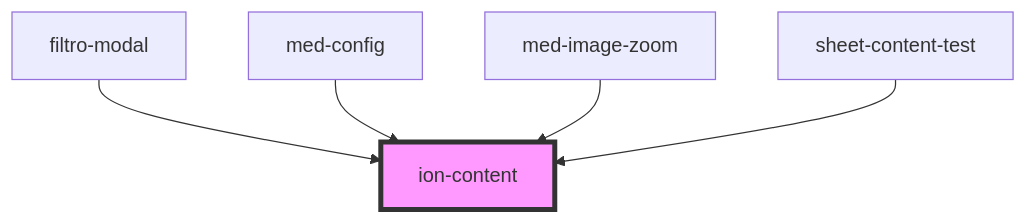
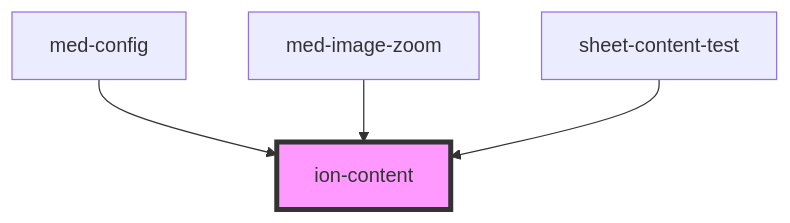
The diagram in core/src/components/content/readme.md (MEDGRUPOGIT/ionic-framework-1), drawn with Mermaid before and after one commit. The commit also changed other lines of this file and 486 other files, not shown here.

````diff
--- a/core/src/components/content/readme.md
+++ b/core/src/components/content/readme.md
@@ -271,8 +270,7 @@
 ```mermaid
 graph TD;
-  filtro-modal --> ion-content
   med-config --> ion-content
   med-image-zoom --> ion-content
   sheet-content-test --> ion-content
   style ion-content fill:#f9f,stroke:#333,stroke-width:4px
 ```
````
